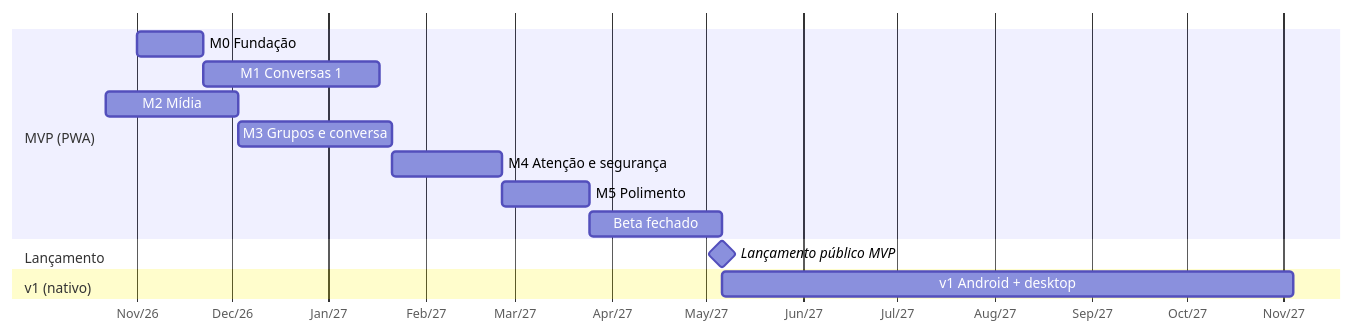
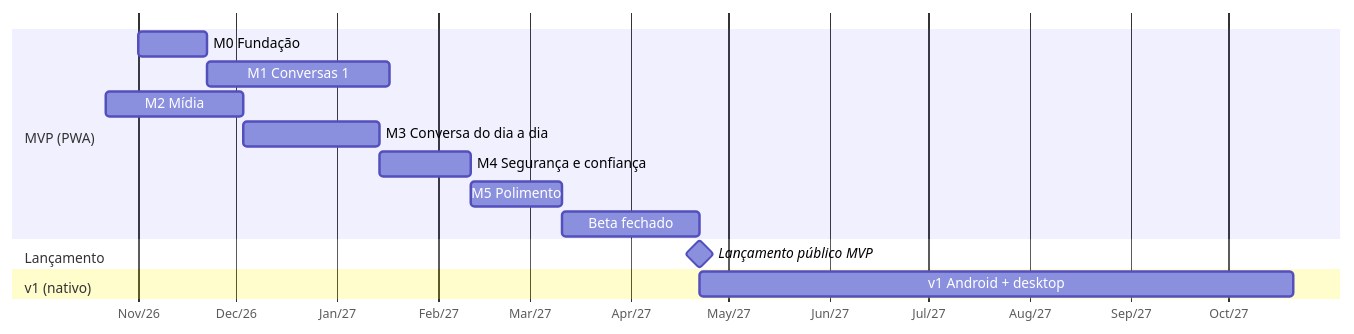
Before and after one commit to capaca/lerolero: the diagram in docs/07-roadmap.md, drawn with Mermaid. The commit also changed other lines of this file and 1 other file, not shown here.

Commit message:
Roadmap: resto do MVP repriorizado pelo uso no dia a dia; modo foco, entrega em lotes e expiração de mídia vão para a v1

````diff
--- a/docs/07-roadmap.md
+++ b/docs/07-roadmap.md
@@ -15,17 +15,17 @@
 ```mermaid
 gantt
   dateFormat YYYY-MM
   axisFormat %b/%y
   section MVP (PWA)
   M0 Fundação              :m0, 2026-11, 3w
   M1 Conversas 1:1         :m1, after m0, 8w
   M2 Mídia                 :m2, after m1, 6w
-  M3 Grupos e conversa     :m3, after m2, 7w
-  M4 Atenção e segurança   :m4, after m3, 5w
+  M3 Conversa do dia a dia :m3, after m2, 6w
+  M4 Segurança e confiança :m4, after m3, 4w
   M5 Polimento             :m5, after m4, 4w
   Beta fechado             :b, after m5, 6w
   section Lançamento
   Lançamento público MVP   :milestone, after b, 0d
   section v1 (nativo)
   v1 Android + desktop     :v1, after b, 26w
 ```
````
